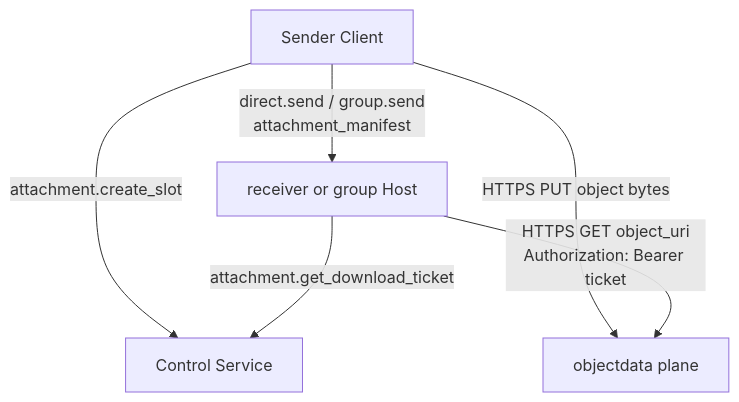
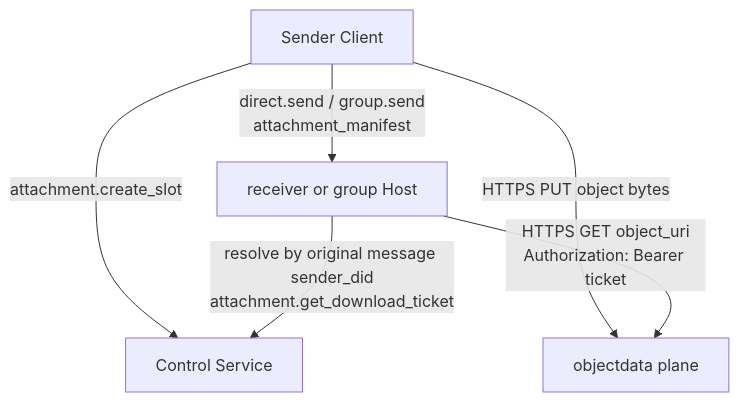
Before and after one commit to NeatNerdPrime/AgentNetworkProtocol: the first of 5 diagrams in message/07-attachments-and-object-transfer.md, drawn with Mermaid. The commit also changed other lines of this file and 3 other files, not shown here.

````diff
--- a/message/07-attachments-and-object-transfer.md
+++ b/message/07-attachments-and-object-transfer.md
@@ -183,8 +183,8 @@
 ```mermaid
 flowchart TD
 A[Sender Client] -->|attachment.create_slot| S[Control Service]
 A -->|HTTPS PUT object bytes| O[objectdata plane]
 A -->|direct.send / group.send\nattachment_manifest| M[receiver or group Host]
-    M -->|attachment.get_download_ticket| S
+    M -->|resolve by original message sender_did\nattachment.get_download_ticket| S
     M -->|HTTPS GET object_uri\nAuthorization: Bearer ticket| O
 ```
````
